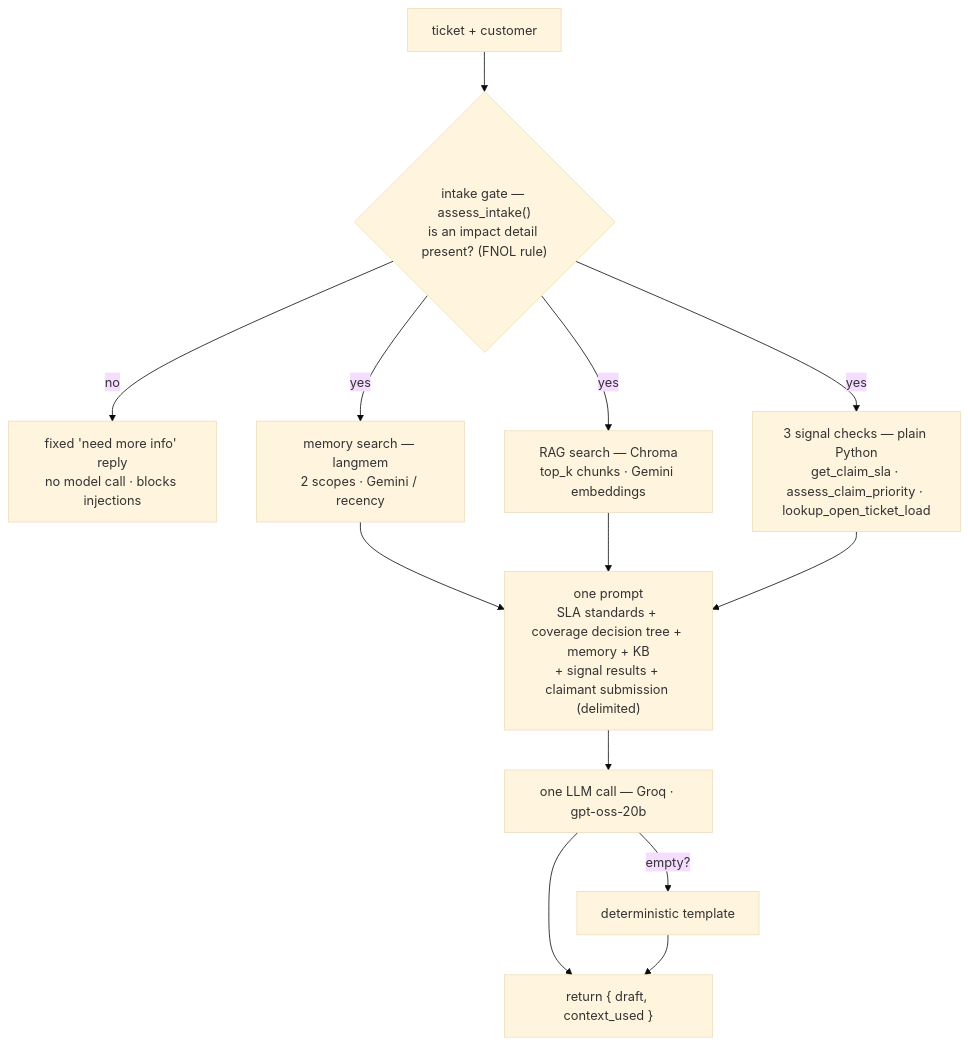
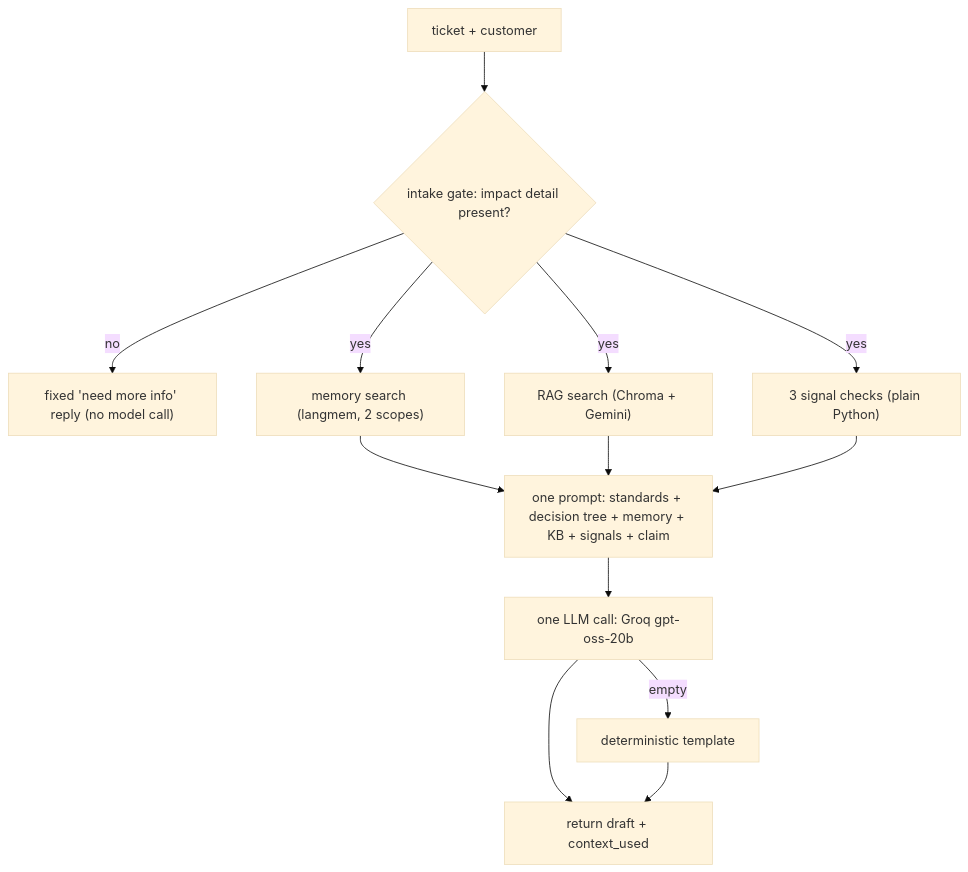
One commit to samriddhi56652/insurance-claims-copilot changed the third of 4 diagrams in docs/architecture.md. Above: the diagram before and after it, drawn with Mermaid (base theme). The commit also changed other lines of this file and 1 other file, not shown here.

First line of the commit message:
fix(docs): rewrite Mermaid diagrams for GitHub's renderer

````diff
--- a/docs/architecture.md
+++ b/docs/architecture.md
@@ -183,15 +192,15 @@
 ```mermaid
 flowchart TD
-    IN["ticket + customer"] --> GATE{"intake gate — assess_intake()<br/>is an impact detail present? (FNOL rule)"}
-    GATE -- "no" --> FIX["fixed 'need more info' reply<br/>no model call · blocks injections"]
-    GATE -- "yes" --> MEM["memory search — langmem<br/>2 scopes · Gemini / recency"]
-    GATE -- "yes" --> RAG["RAG search — Chroma<br/>top_k chunks · Gemini embeddings"]
-    GATE -- "yes" --> SIG["3 signal checks — plain Python<br/>get_claim_sla · assess_claim_priority · lookup_open_ticket_load"]
-    MEM --> P["one prompt<br/>SLA standards + coverage decision tree + memory + KB<br/>+ signal results + claimant submission (delimited)"]
+    IN["ticket + customer"] --> GATE{"intake gate: impact detail present?"}
+    GATE -->|no| FIX["fixed 'need more info' reply (no model call)"]
+    GATE -->|yes| MEM["memory search (langmem, 2 scopes)"]
+    GATE -->|yes| RAG["RAG search (Chroma + Gemini)"]
+    GATE -->|yes| SIG["3 signal checks (plain Python)"]
+    MEM --> P["one prompt: standards + decision tree + memory + KB + signals + claim"]
     RAG --> P
     SIG --> P
-    P --> LLM["one LLM call — Groq · gpt-oss-20b"]
-    LLM -- "empty?" --> T["deterministic template"]
-    LLM --> R["return { draft, context_used }"]
+    P --> LLM["one LLM call: Groq gpt-oss-20b"]
+    LLM -->|empty| T["deterministic template"]
+    LLM --> R["return draft + context_used"]
     T --> R
 ```
````
